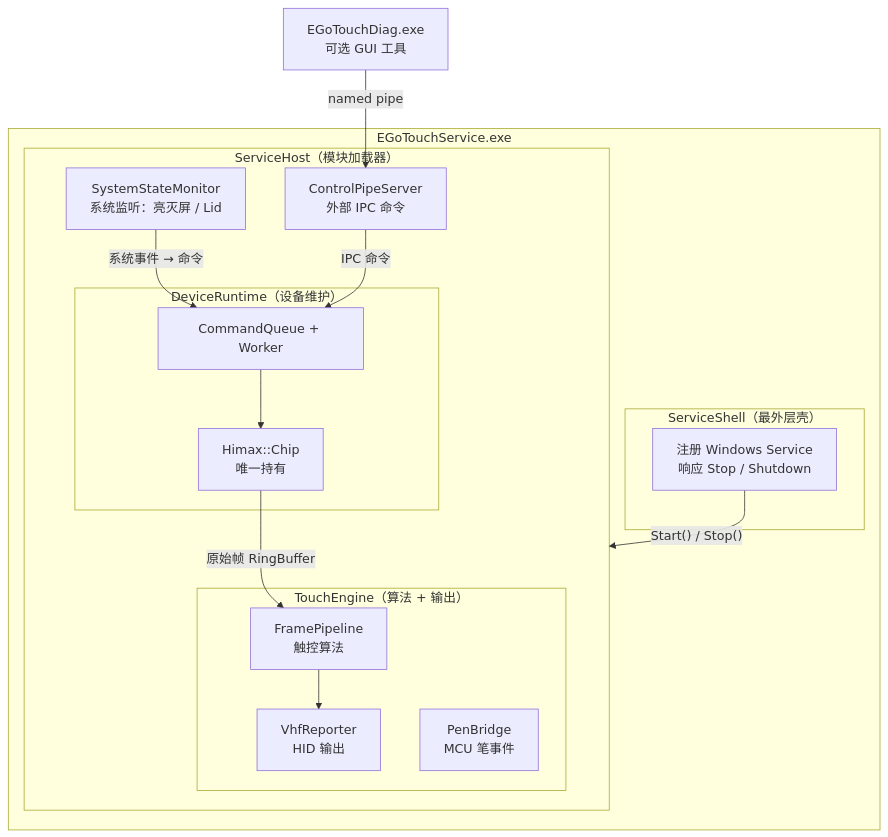
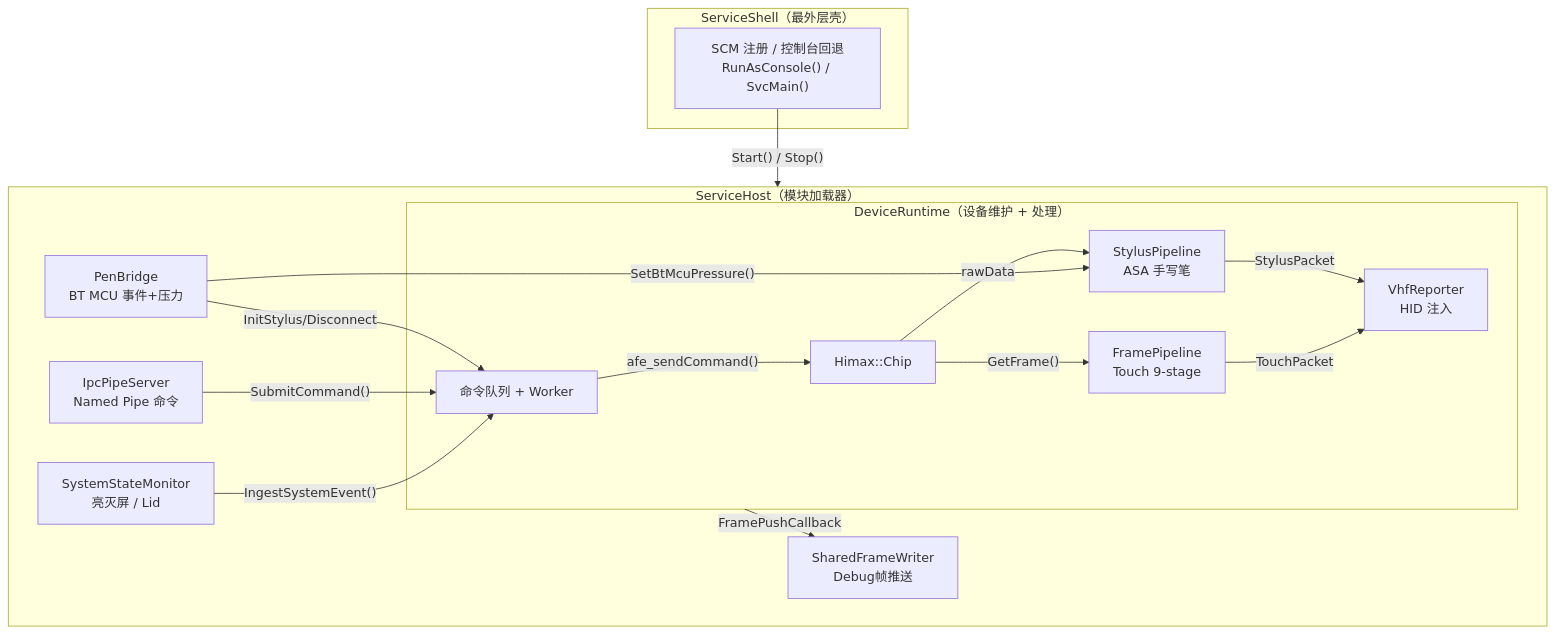
The first of 3 diagrams in docs/architecture_redesign.md (pgs666/EGoTouchRev), drawn with Mermaid before and after one commit. The commit also changed other lines of this file and 30 other files, not shown here.

Commit message:
feat: implement IPC server and device runtime architecture for stylus pipeline management

````diff
--- a/docs/architecture_redesign.md
+++ b/docs/architecture_redesign.md
@@ -71,35 +74,34 @@
 ```mermaid
 flowchart TD
-    DIAG["EGoTouchDiag.exe\n可选 GUI 工具"]
+    subgraph SHELL["ServiceShell（最外层壳）"]
+        SCM["SCM 注册 / 控制台回退<br/>RunAsConsole() / SvcMain()"]
+    end
 
-    subgraph SVC["EGoTouchService.exe"]
-        subgraph SHELL["ServiceShell（最外层壳）"]
-            SCM["注册 Windows Service\n响应 Stop / Shutdown"]
-        end
+    SCM -->|"Start() / Stop()"| HOST
 
-        SCM -- "Start() / Stop()" --> HOST
+    subgraph HOST["ServiceHost（模块加载器）"]
+        SSM["SystemStateMonitor<br/>亮灭屏 / Lid"]
+        IPC["IpcPipeServer<br/>Named Pipe 命令"]
+        PB["PenBridge<br/>BT MCU 事件+压力"]
+        SFW["SharedFrameWriter<br/>Debug帧推送"]
 
-        subgraph HOST["ServiceHost（模块加载器）"]
-            SSM["SystemStateMonitor\n系统监听：亮灭屏 / Lid"]
-            CPS["ControlPipeServer\n外部 IPC 命令"]
-
-            subgraph DR["DeviceRuntime（设备维护）"]
-                CQ["CommandQueue + Worker"]
-                CHIP["Himax::Chip\n唯一持有"]
-            end
-
-            subgraph TE["TouchEngine（算法 + 输出）"]
-                FP["FramePipeline\n触控算法"]
-                VHF["VhfReporter\nHID 输出"]
-                PB["PenBridge\nMCU 笔事件"]
-            end
+        subgraph DR["DeviceRuntime（设备维护 + 处理）"]
+            CQ["命令队列 + Worker"]
+            CHIP["Himax::Chip"]
+            FP["FramePipeline<br/>Touch 9-stage"]
+            SP["StylusPipeline<br/>ASA 手写笔"]
+            VHF["VhfReporter<br/>HID 注入"]
         end
     end
 
-    SSM -- "系统事件 → 命令" --> CQ
-    CPS -- "IPC 命令" --> CQ
-    CQ --> CHIP
-    CHIP -- "原始帧 RingBuffer" --> FP
-    FP --> VHF
-    DIAG -- "named pipe" --> CPS
+    SSM -->|"IngestSystemEvent()"| CQ
+    IPC -->|"SubmitCommand()"| CQ
+    PB -->|"SetBtMcuPressure()"| SP
+    PB -->|"InitStylus/Disconnect"| CQ
+    CQ -->|"afe_sendCommand()"| CHIP
+    CHIP -->|"GetFrame()"| FP
+    CHIP -->|"rawData"| SP
+    FP -->|"TouchPacket"| VHF
+    SP -->|"StylusPacket"| VHF
+    DR -->|"FramePushCallback"| SFW
 ```
````
